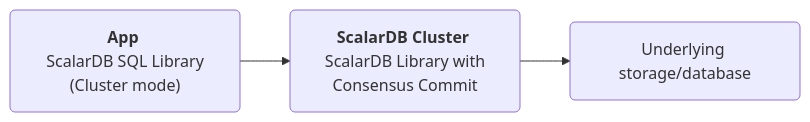
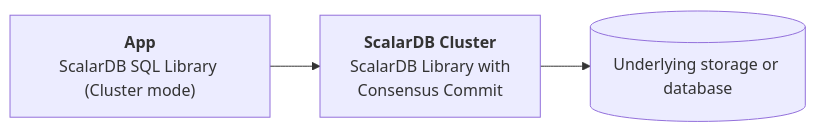
Before and after one commit to scalar-labs/scalar-kubernetes: the third of 4 diagrams in docs/ProductionChecklistForScalarDBCluster.md, drawn with Mermaid. The commit also changed other lines of this file, not shown here.

````diff
--- a/docs/ProductionChecklistForScalarDBCluster.md
+++ b/docs/ProductionChecklistForScalarDBCluster.md
@@ -102,4 +110,7 @@
-  ```mermaid
-  flowchart LR
-    A("<b>App</b> <br> ScalarDB SQL Library (Cluster mode)") --> B(<b>ScalarDB Cluster</b> <br> ScalarDB Library with Consensus Commit) --> C(Underlying storage/database)
-  ```
+```mermaid
+flowchart LR
+  app["<b>App</b><br />ScalarDB SQL Library (Cluster mode)"]
+  server["<b>ScalarDB Cluster</b><br />ScalarDB Library with<br />Consensus Commit"]
+  db[(Underlying storage or database)]
+  app --> server --> db
+```
````
